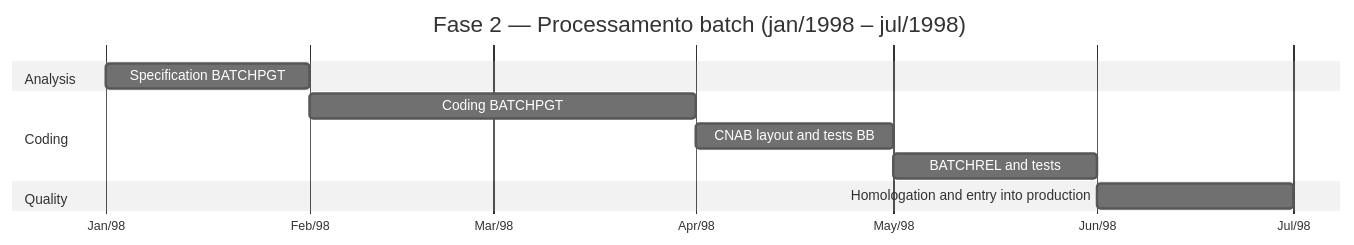
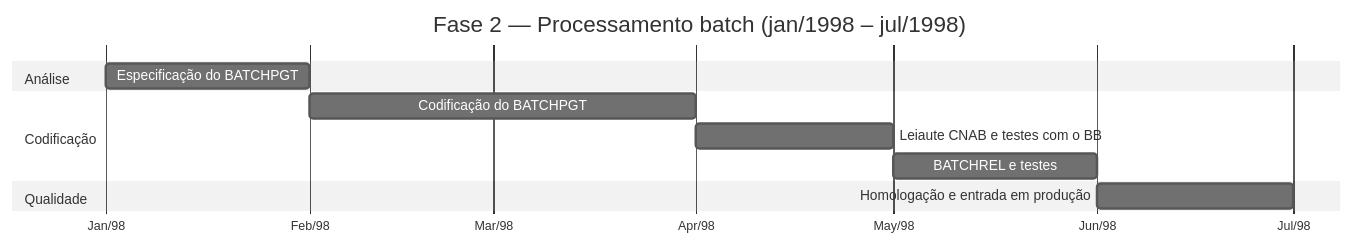
Before and after one commit to workshop-gbb/datacorp-sifap-legacy: the sixth of 6 diagrams in 01-archaeology/legacy-sifap/legacy-docs/ORIGINAL-ARCHITECTURE-1997.md, drawn with Mermaid. The commit also changed other lines of this file and 10 other files, not shown here.

````diff
--- a/01-archaeology/legacy-sifap/legacy-docs/ORIGINAL-ARCHITECTURE-1997.md
+++ b/01-archaeology/legacy-sifap/legacy-docs/ORIGINAL-ARCHITECTURE-1997.md
@@ -503,18 +503,18 @@
 ```mermaid
 %%{init: {'theme':'neutral','themeVariables':{'fontFamily':'ui-sans-serif, system-ui, sans-serif','primaryColor':'#F5F5F5','primaryTextColor':'#171717','primaryBorderColor':'#171717','lineColor':'#525252','secondaryColor':'#FFFFFF','tertiaryColor':'#FAFAFA','background':'#FFFFFF'}}}%%
 gantt
     title Fase 2 — Processamento batch (jan/1998 – jul/1998)
     dateFormat YYYY-MM
     axisFormat %b/%y
 
-    section Analysis
-    Specification BATCHPGT :b1, 1998-01, 1M
+    section Análise
+    Especificação do BATCHPGT :b1, 1998-01, 1M
 
-    section Coding
-    Coding BATCHPGT :b2, 1998-02, 2M
-    CNAB layout and tests BB :b3, 1998-04, 1M
-    BATCHREL and tests :b4, 1998-05, 1M
+    section Codificação
+    Codificação do BATCHPGT :b2, 1998-02, 2M
+    Leiaute CNAB e testes com o BB :b3, 1998-04, 1M
+    BATCHREL e testes :b4, 1998-05, 1M
 
-    section Quality
-    Homologation and entry into production:b5, 1998-06, 1M
+    section Qualidade
+    Homologação e entrada em produção:b5, 1998-06, 1M
 ```
````
